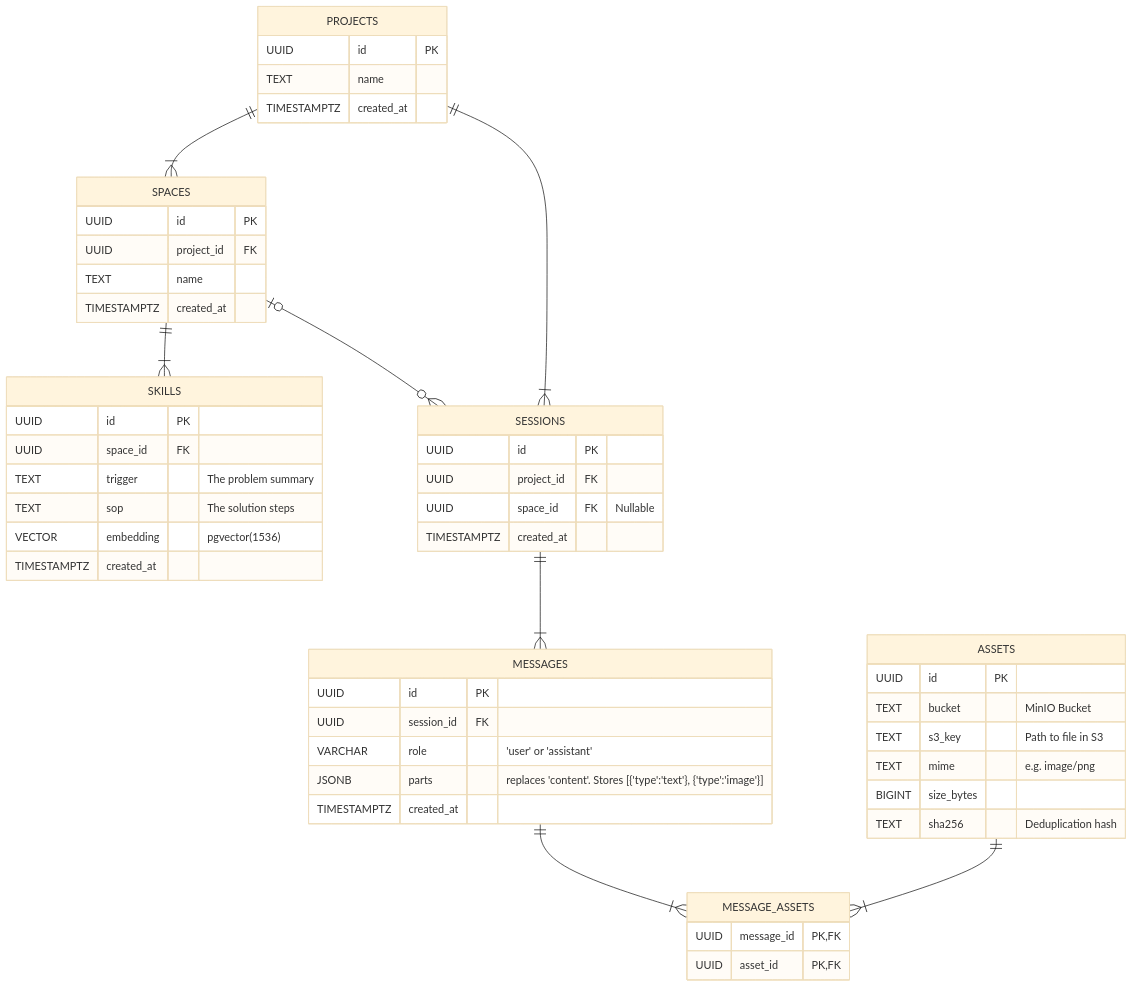
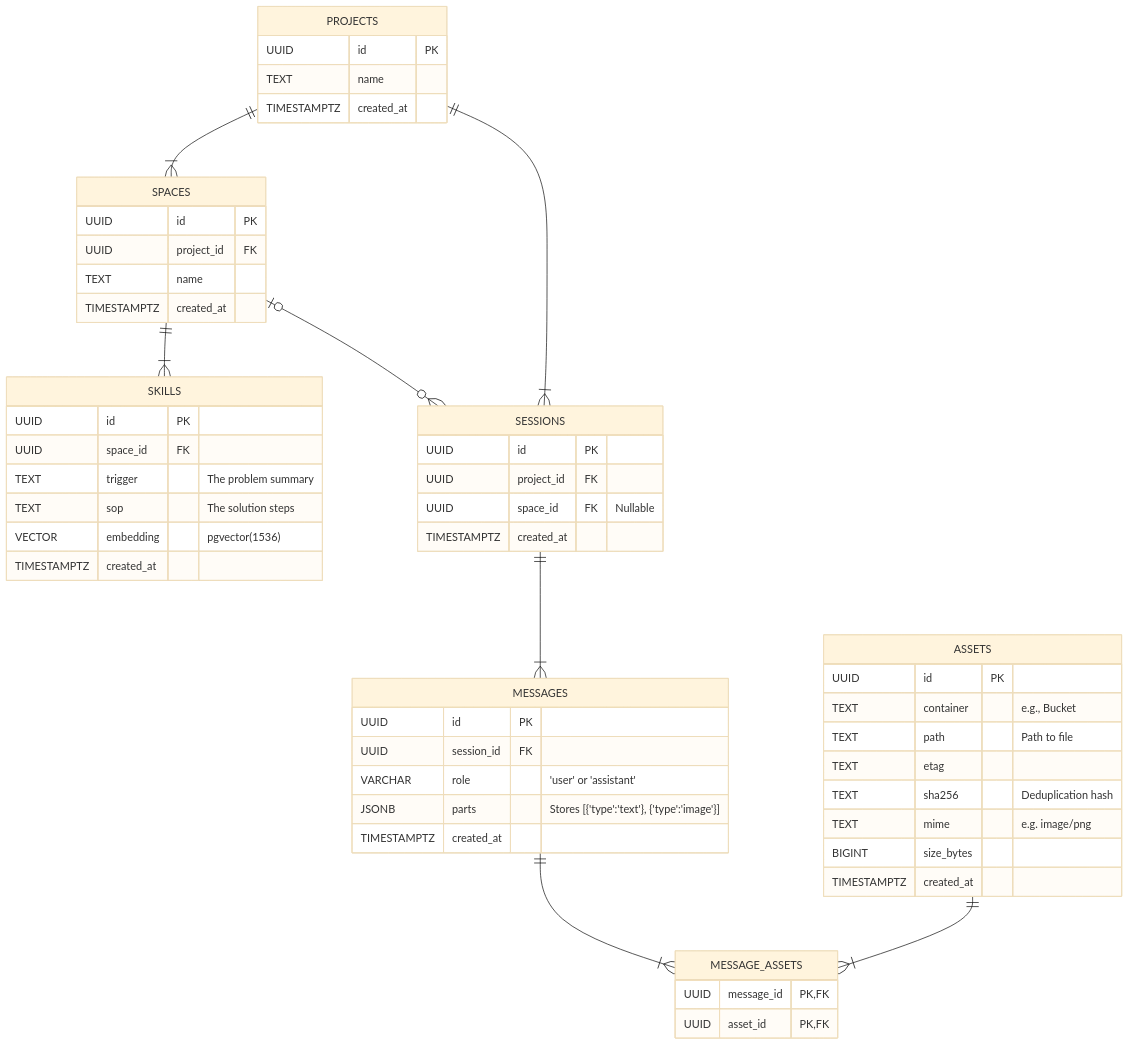
Before and after one commit to w-h-a/gomento: the second of 2 diagrams in README.md, drawn with Mermaid (base theme). The commit also changed 12 other files, not shown here.

````diff
--- a/README.md
+++ b/README.md
@@ -59,64 +59,66 @@
 ```mermaid
 erDiagram
     PROJECTS {
         UUID id PK
         TEXT name
         TIMESTAMPTZ created_at
     }
 
     SPACES {
         UUID id PK
         UUID project_id FK
         TEXT name
         TIMESTAMPTZ created_at
     }
 
     SKILLS {
         UUID id PK
         UUID space_id FK
         TEXT trigger "The problem summary"
         TEXT sop "The solution steps"
         VECTOR embedding "pgvector(1536)"
         TIMESTAMPTZ created_at
     }
 
     SESSIONS {
         UUID id PK
         UUID project_id FK
         UUID space_id FK "Nullable"
         TIMESTAMPTZ created_at
     }
 
     MESSAGES {
         UUID id PK
         UUID session_id FK
         VARCHAR role "'user' or 'assistant'"
-        JSONB parts "replaces 'content'. Stores [{'type':'text'}, {'type':'image'}]"
+        JSONB parts "Stores [{'type':'text'}, {'type':'image'}]"
         TIMESTAMPTZ created_at
     }
 
     ASSETS {
         UUID id PK
-        TEXT bucket "MinIO Bucket"
-        TEXT s3_key "Path to file in S3"
+        TEXT container "e.g., Bucket"
+        TEXT path "Path to file"
+        TEXT etag
+        TEXT sha256 "Deduplication hash"
         TEXT mime "e.g. image/png"
         BIGINT size_bytes
-        TEXT sha256 "Deduplication hash"
+        TIMESTAMPTZ created_at
     }
 
     MESSAGE_ASSETS {
         UUID message_id PK, FK
         UUID asset_id PK, FK
     }
 
     PROJECTS ||--|{ SPACES : ""
     PROJECTS ||--|{ SESSIONS : ""
     
     SPACES ||--|{ SKILLS : ""
     SPACES |o--o{ SESSIONS : ""
     
     SESSIONS ||--|{ MESSAGES : ""
 
     MESSAGES ||--|{ MESSAGE_ASSETS : ""
     ASSETS ||--|{ MESSAGE_ASSETS : ""
 ```
````
